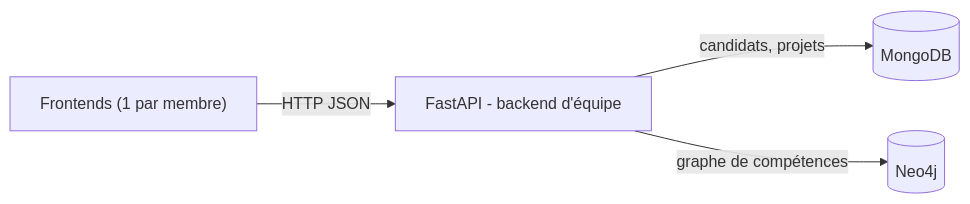
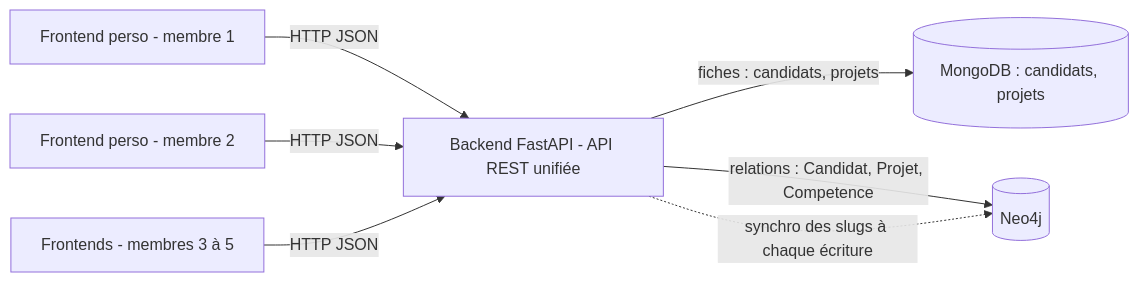
Before and after one commit to andrea06-hub/the-data-museum: the first of 2 diagrams in ARCHITECTURE.md, drawn with Mermaid. The commit also changed other lines of this file, not shown here.

Commit message:
Update architecture diagram and frontend descriptions

````diff
--- a/ARCHITECTURE.md
+++ b/ARCHITECTURE.md
@@ -18,7 +18,10 @@
 ```mermaid
 flowchart LR
-    F["Frontends (1 par membre)"] -->|HTTP JSON| API["FastAPI - backend d'équipe"]
-    API -->|"candidats, projets"| M[("MongoDB")]
-    API -->|"graphe de compétences"| N[("Neo4j")]
-    %% TODO : complétez / corrigez ce schéma selon VOS choix
+    F1["Frontend perso - membre 1"] -->|HTTP JSON| API
+    F2["Frontend perso - membre 2"] -->|HTTP JSON| API
+    F3["Frontends - membres 3 à 5"] -->|HTTP JSON| API
+    API["Backend FastAPI - API REST unifiée"]
+    API -->|"fiches : candidats, projets"| M[("MongoDB : candidats, projets")]
+    API -->|"relations : Candidat, Projet, Competence"| N[("Neo4j")]
+    API -.->|"synchro des slugs à chaque écriture"| N
 ```
````
